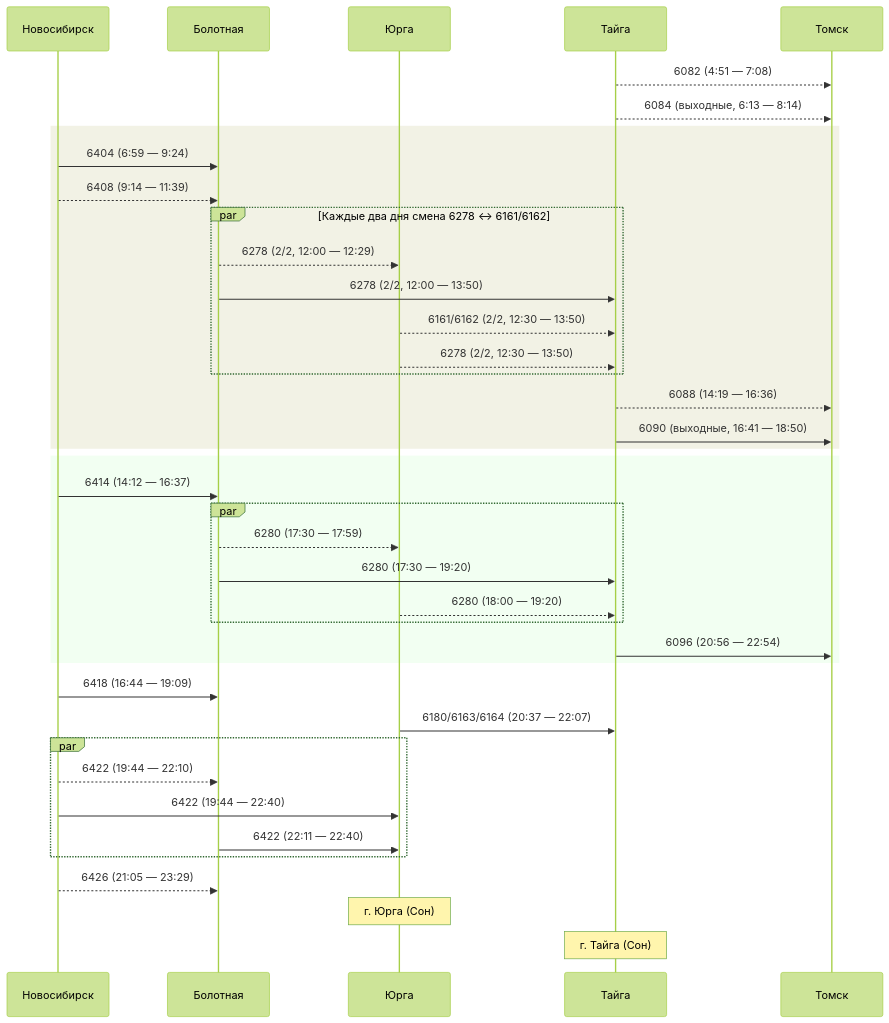
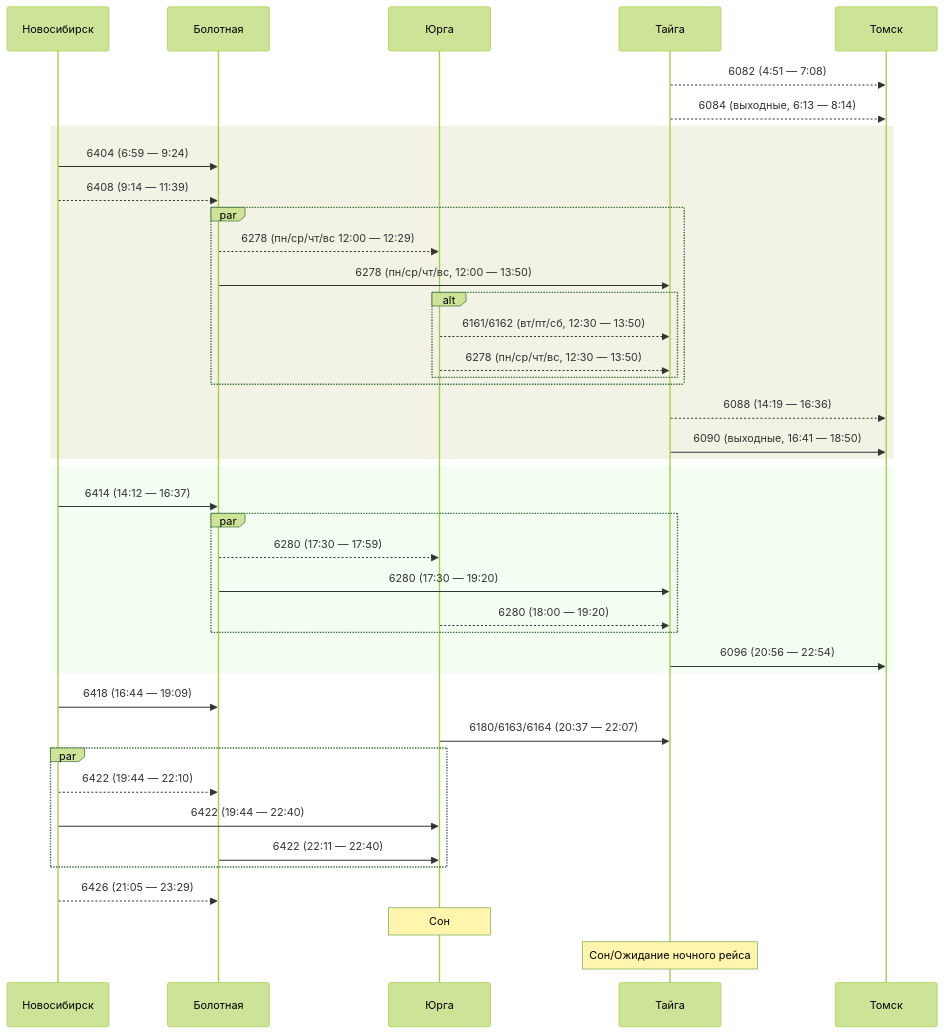
Before and after one commit to u0feff/Pezda: the second of 4 diagrams in README.md, drawn with Mermaid (forest theme). The commit also changed other lines of this file, not shown here.

````diff
--- a/README.md
+++ b/README.md
@@ -39,50 +46,52 @@
 ```mermaid
 sequenceDiagram
     participant Новосибирск
     participant Болотная
     participant Юрга
     participant Тайга
     participant Томск
 
     Тайга-->>Томск: 6082 (4:51 — 7:08)
 
     Тайга-->>Томск: 6084 (выходные, 6:13 — 8:14)
 
     rect rgba(127, 127, 0, 0.1)
     Новосибирск->>Болотная: 6404 (6:59 — 9:24)
     Новосибирск-->>Болотная: 6408 (9:14 — 11:39)
-    par Каждые два дня смена 6278 <-> 6161/6162
-    Болотная-->>Юрга: 6278 (2/2, 12:00 — 12:29)
-    Болотная->>Тайга: 6278 (2/2, 12:00 — 13:50)
-    Юрга-->>Тайга: 6161/6162 (2/2, 12:30 — 13:50)
-    Юрга-->>Тайга: 6278 (2/2, 12:30 — 13:50)
+    par
+    Болотная-->>Юрга: 6278 (пн/ср/чт/вс 12:00 — 12:29)
+    Болотная->>Тайга: 6278 (пн/ср/чт/вс, 12:00 — 13:50)
+    alt
+    Юрга-->>Тайга: 6161/6162 (вт/пт/сб, 12:30 — 13:50)
+    Юрга-->>Тайга: 6278 (пн/ср/чт/вс, 12:30 — 13:50)
+    end
     end
     Тайга-->>Томск: 6088 (14:19 — 16:36)
     Тайга->>Томск: 6090 (выходные, 16:41 — 18:50)
     end
 
     rect rgba(0, 255, 0, 0.05)
     Новосибирск->>Болотная: 6414 (14:12 — 16:37)
     par
     Болотная-->>Юрга: 6280 (17:30 — 17:59)
     Болотная->>Тайга: 6280 (17:30 — 19:20)
     Юрга-->>Тайга: 6280 (18:00 — 19:20)
     end
     Тайга->>Томск: 6096 (20:56 — 22:54)
     end
 
     Новосибирск->>Болотная: 6418 (16:44 — 19:09)
 
     Юрга->>Тайга: 6180/6163/6164 (20:37 — 22:07)
 
     par
     Новосибирск-->>Болотная: 6422 (19:44 — 22:10)
     Новосибирск->>Юрга: 6422 (19:44 — 22:40)
     Болотная->>Юрга: 6422 (22:11 — 22:40)
     end
 
     Новосибирск-->>Болотная: 6426 (21:05 — 23:29)
 
-    Note over Юрга: г. Юрга (Сон)
-    Note over Тайга: г. Тайга (Сон)
+    Note over Юрга: Сон
+    Note over Тайга: Сон/Ожидание ночного рейса
 ```
````
